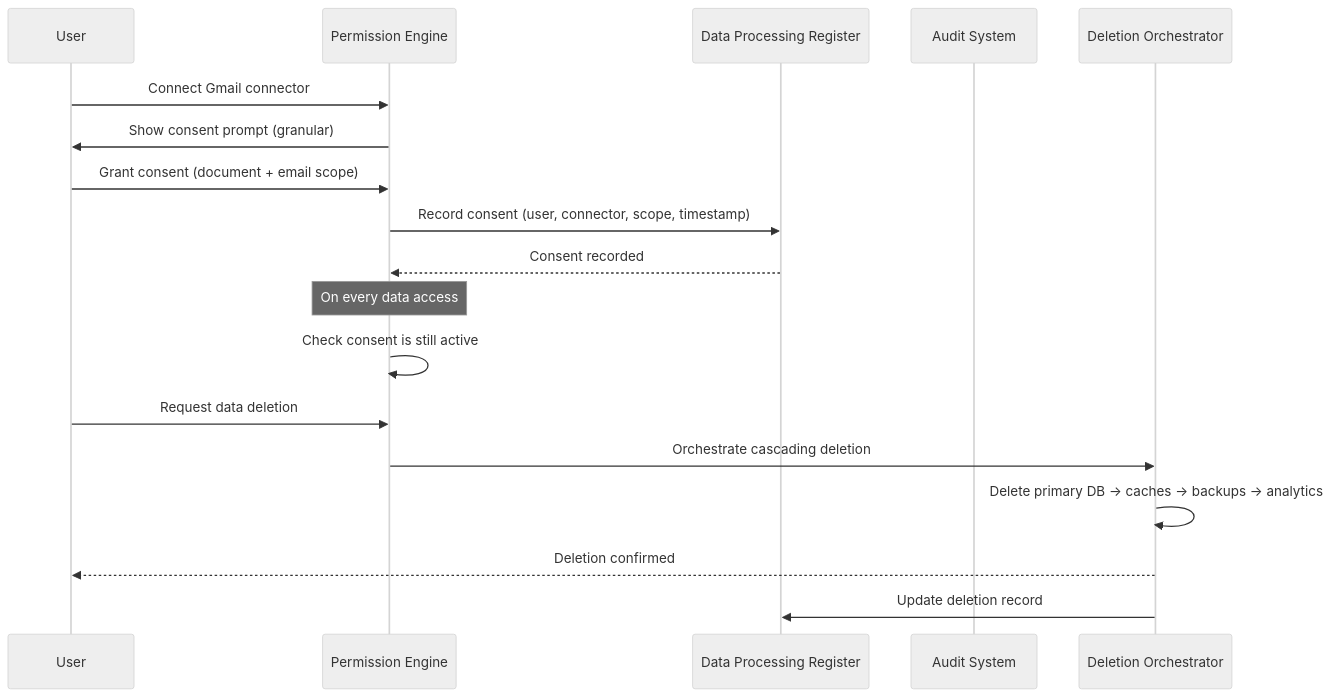
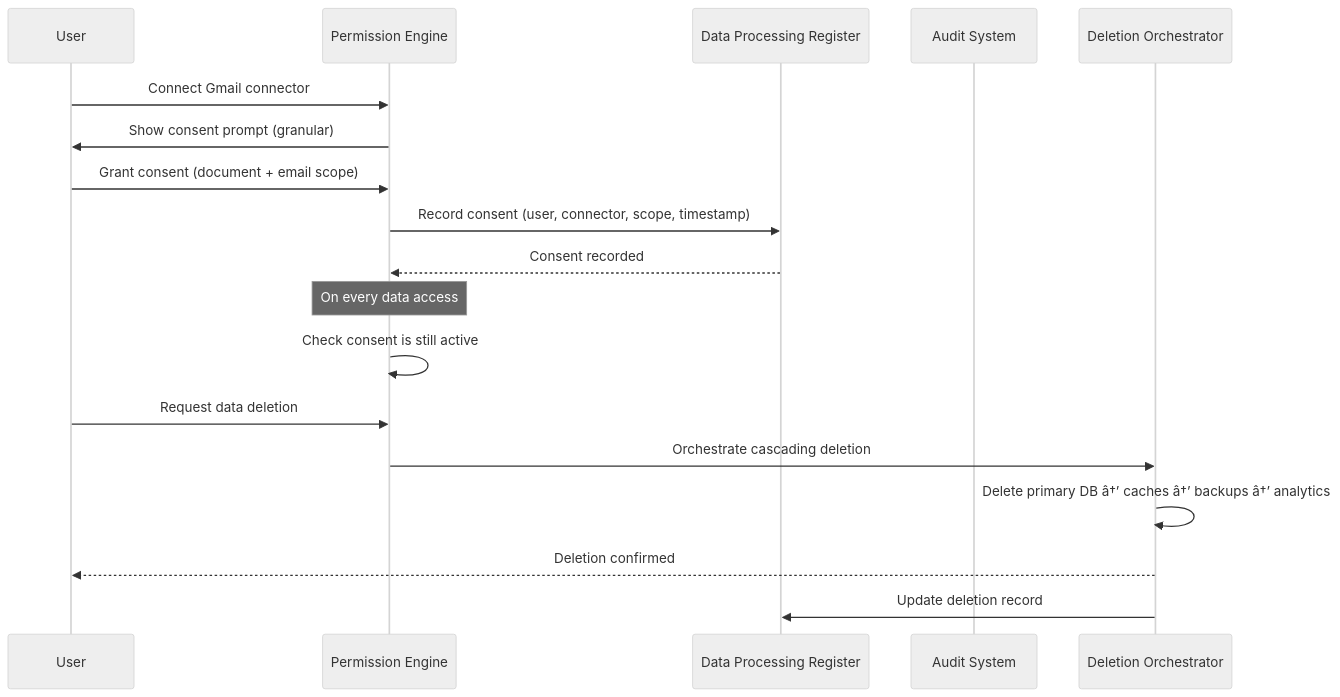
The second of 2 diagrams in Docs/Security/Compliance.md (Driftloom/Vaeloom), drawn with Mermaid (neutral theme) before and after one commit. The commit also changed other lines of this file and 249 other files, not shown here.

````diff
--- a/Docs/Security/Compliance.md
+++ b/Docs/Security/Compliance.md
@@ -217,23 +217,23 @@
 ```mermaid
 sequenceDiagram
     participant U as User
     participant PS as Permission Engine
     participant REG as Data Processing Register
     participant AUD as Audit System
     participant DEL as Deletion Orchestrator
 
     U->>PS: Connect Gmail connector
     PS->>U: Show consent prompt (granular)
     U->>PS: Grant consent (document + email scope)
     PS->>REG: Record consent (user, connector, scope, timestamp)
     REG-->>PS: Consent recorded
     
     Note over PS: On every data access
     PS->>PS: Check consent is still active
     
     U->>PS: Request data deletion
     PS->>DEL: Orchestrate cascading deletion
-    DEL->>DEL: Delete primary DB → caches → backups → analytics
+    DEL->>DEL: Delete primary DB â†’ caches â†’ backups â†’ analytics
     DEL-->>U: Deletion confirmed
     DEL->>REG: Update deletion record
 ```
````
